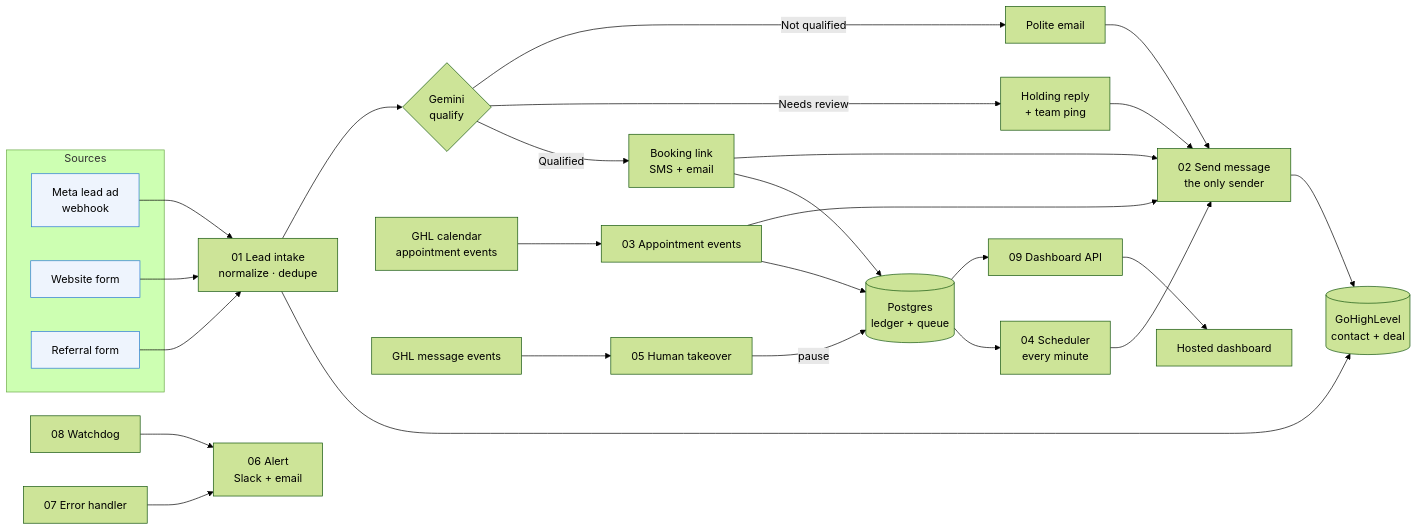
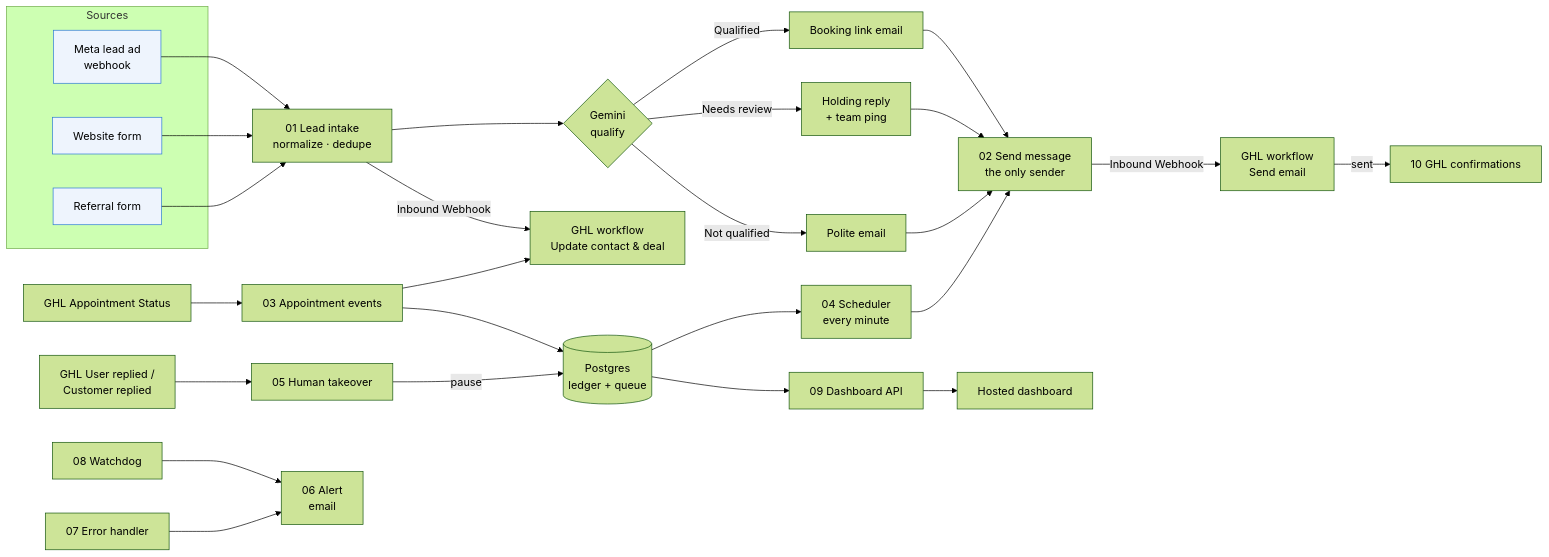
The diagram in speed-to-lead/README.md (sirineghader-dotcom/sirine-portfolio), drawn with Mermaid (forest theme) before and after one commit. The commit also changed other lines of this file and 3 other files, not shown here.

First line of the commit message:
Docs: describe the GoHighLevel Automation setup and the live test results

````diff
--- a/speed-to-lead/README.md
+++ b/speed-to-lead/README.md
@@ -26,27 +27,27 @@
 ```mermaid
 flowchart LR
   subgraph Sources
     M[Meta lead ad<br/>webhook]:::src
     W[Website form]:::src
     R[Referral form]:::src
   end
   M & W & R --> I[01 Lead intake<br/>normalize · dedupe]
-  I --> G[(GoHighLevel<br/>contact + deal)]
   I --> C{Gemini<br/>qualify}
-  C -->|Qualified| Q[Booking link<br/>SMS + email]
+  I -->|Inbound Webhook| GC[GHL workflow<br/>Update contact & deal]
+  C -->|Qualified| Q[Booking link email]
   C -->|Needs review| N[Holding reply<br/>+ team ping]
   C -->|Not qualified| X[Polite email]
-  Q --> S[(Postgres<br/>ledger + queue)]
-  GA[GHL calendar<br/>appointment events] --> A[03 Appointment events]
-  A --> S
-  S --> SCH[04 Scheduler<br/>every minute]
-  SCH --> SEND[02 Send message<br/>the only sender]
-  Q & N & X & A --> SEND
-  SEND --> G
-  GM[GHL message events] --> H[05 Human takeover]
+  Q & N & X --> SEND[02 Send message<br/>the only sender]
+  SEND -->|Inbound Webhook| GE[GHL workflow<br/>Send email]
+  GE -->|sent| ACK[10 GHL confirmations]
+  GA[GHL Appointment Status] --> A[03 Appointment events]
+  A --> GC
+  A --> S[(Postgres<br/>ledger + queue)]
+  S --> SCH[04 Scheduler<br/>every minute] --> SEND
+  GU[GHL User replied /<br/>Customer replied] --> H[05 Human takeover]
   H -->|pause| S
-  WD[08 Watchdog] --> AL[06 Alert<br/>Slack + email]
+  WD[08 Watchdog] --> AL[06 Alert<br/>email]
   ERR[07 Error handler] --> AL
   S --> D[09 Dashboard API] --> DB[Hosted dashboard]
   classDef src fill:#eef4fd,stroke:#2a78d6
 ```
````
